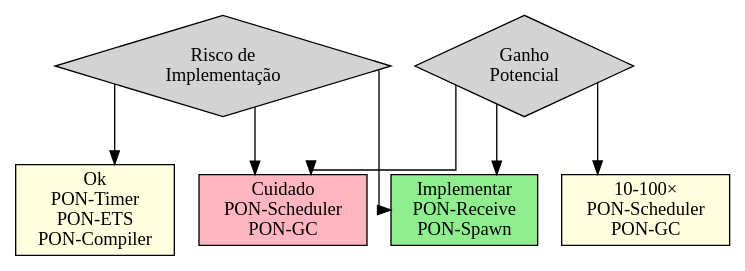
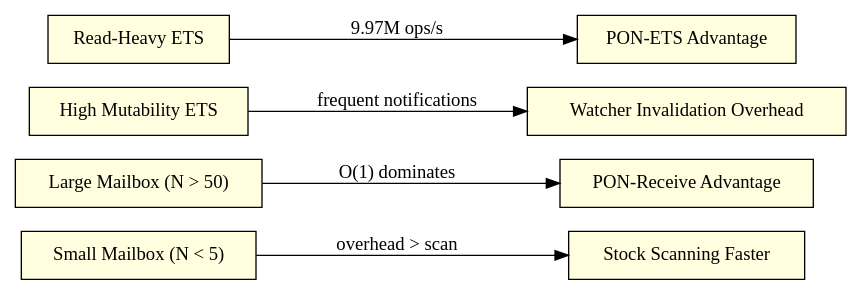
The diagram in book/src/chapters/13-roadmap-tradeoffs.md (matheuscamarques/pon_beam), drawn with Graphviz before and after one commit. The commit also changed other lines of this file and 45 other files, not shown here.

````diff
--- a/book/src/chapters/13-roadmap-tradeoffs.md
+++ b/book/src/chapters/13-roadmap-tradeoffs.md
@@ -273,23 +37,11 @@
 ```dot
-digraph decision_matrix {
-  rankdir=TB; splines=ortho
-  node [shape=box, style=filled]
+digraph pon_tradeoffs {
+  rankdir=LR; splines=ortho;
+  node [shape=box, style=filled, fillcolor=lightyellow]
 
-  "Ganho Potencial" [label="Ganho\nPotencial", shape=diamond]
-  "Alto"   [label="> 100×\nPON-Receive\nPON-Timer\nPON-ETS", fillcolor=lightgreen]
-  "Medio"  [label="10-100×\nPON-Scheduler\nPON-GC", fillcolor=lightyellow]
-  "Baixo"  [label="< 10×\nPON-GC\nPON-Spawn\nPON-Compiler", fillcolor=lightpink]
-
-  "Risco real" [label="Risco de\nImplementação", shape=diamond]
-  "Baixo"  [label="Implementar\nPON-Receive\nPON-Spawn", fillcolor=lightgreen]
-  "Médio"  [label="Ok\nPON-Timer\nPON-ETS\nPON-Compiler", fillcolor=lightyellow]
-  "Alto"   [label="Cuidado\nPON-Scheduler\nPON-GC", fillcolor=lightpink]
-
-  "Ganho Potencial" -> "Alto"
-  "Ganho Potencial" -> "Medio"
-  "Ganho Potencial" -> "Baixo"
-  "Risco real" -> "Baixo"
-  "Risco real" -> "Médio"
-  "Risco real" -> "Alto"
+  "Small Mailbox (N < 5)" -> "Stock Scanning Faster" [label="  overhead > scan"]
+  "Large Mailbox (N > 50)" -> "PON-Receive Advantage" [label="  O(1) dominates"]
+  "High Mutability ETS" -> "Watcher Invalidation Overhead" [label="  frequent notifications"]
+  "Read-Heavy ETS" -> "PON-ETS Advantage" [label="  9.97M ops/s"]
 }
 ```
````
